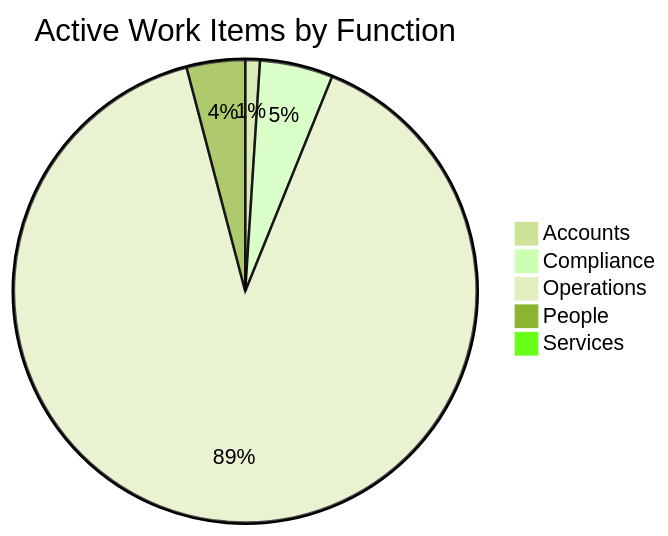
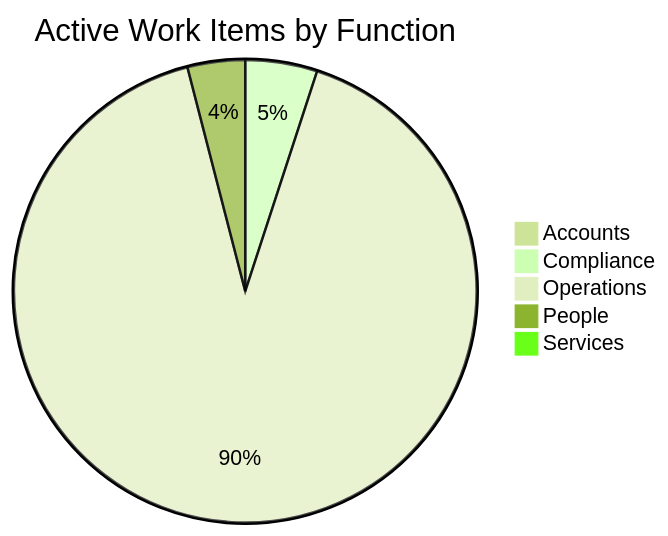
The first of 3 diagrams in dashboard.md (mgosal/5et.uk), drawn with Mermaid (forest theme) before and after one commit. The commit also changed other lines of this file and 6 other files, not shown here.

````diff
--- a/dashboard.md
+++ b/dashboard.md
@@ -249,8 +405,8 @@
 ```mermaid
 pie title Active Work Items by Function
     "Accounts" : 2
     "Compliance" : 10
-    "Operations" : 176
+    "Operations" : 181
     "People" : 8
     "Services" : 1
 ```
````
